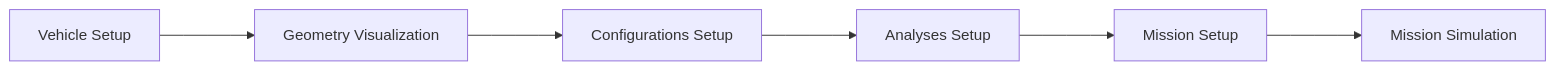
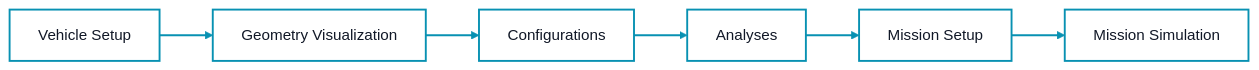
The diagram in README.md (leadsgroup/RCAIDE_GUI), drawn with Mermaid before and after one commit. The commit also changed other lines of this file and 7 other files, not shown here.

````diff
--- a/README.md
+++ b/README.md
@@ -34,17 +66,20 @@
-  ```mermaid
-  %%{init: {'flowchart': {'curve': 'linear', 'nodeSpacing': 50, 'rankSpacing': 50}}}%%
-  flowchart LR
-      VS[Vehicle Setup]
-      GV[Geometry Visualization]
-      CS[Configurations Setup]
-      AS[Analyses Setup]
-      MSP[Mission Setup]
-      MSI[Mission Simulation]
-      
-      
-      VS ---> GV
-      GV ---> CS
-      CS ---> AS
-      AS ---> MSP
-      MSP ---> MSI
-  ```
+```mermaid
+%%{init: {'theme': 'base', 'themeVariables': {'primaryColor': '#FFFFFF', 'primaryBorderColor': '#0891B2', 'primaryTextColor': '#111827', 'lineColor': '#0891B2', 'fontFamily': 'Inter, ui-sans-serif, system-ui, sans-serif'}, 'flowchart': {'curve': 'linear', 'nodeSpacing': 48, 'rankSpacing': 56}}}%%
+flowchart LR
+    VS["Vehicle Setup"]
+    GV["Geometry Visualization"]
+    CS["Configurations"]
+    AS["Analyses"]
+    MS["Mission Setup"]
+    SIM["Mission Simulation"]
+
+    VS --> GV
+    GV --> CS
+    CS --> AS
+    AS --> MS
+    MS --> SIM
+
+    classDef workflow fill:#FFFFFF,stroke:#0891B2,stroke-width:2px,color:#111827;
+    class VS,GV,CS,AS,MS,SIM workflow;
+    linkStyle default stroke:#0891B2,stroke-width:2px;
+```
````
